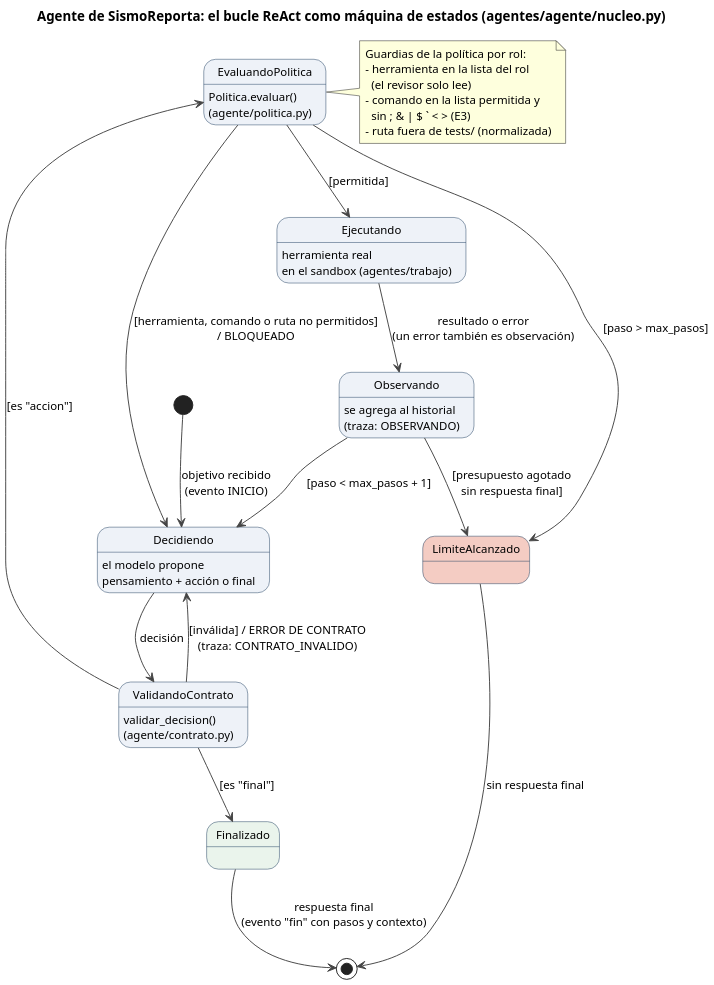
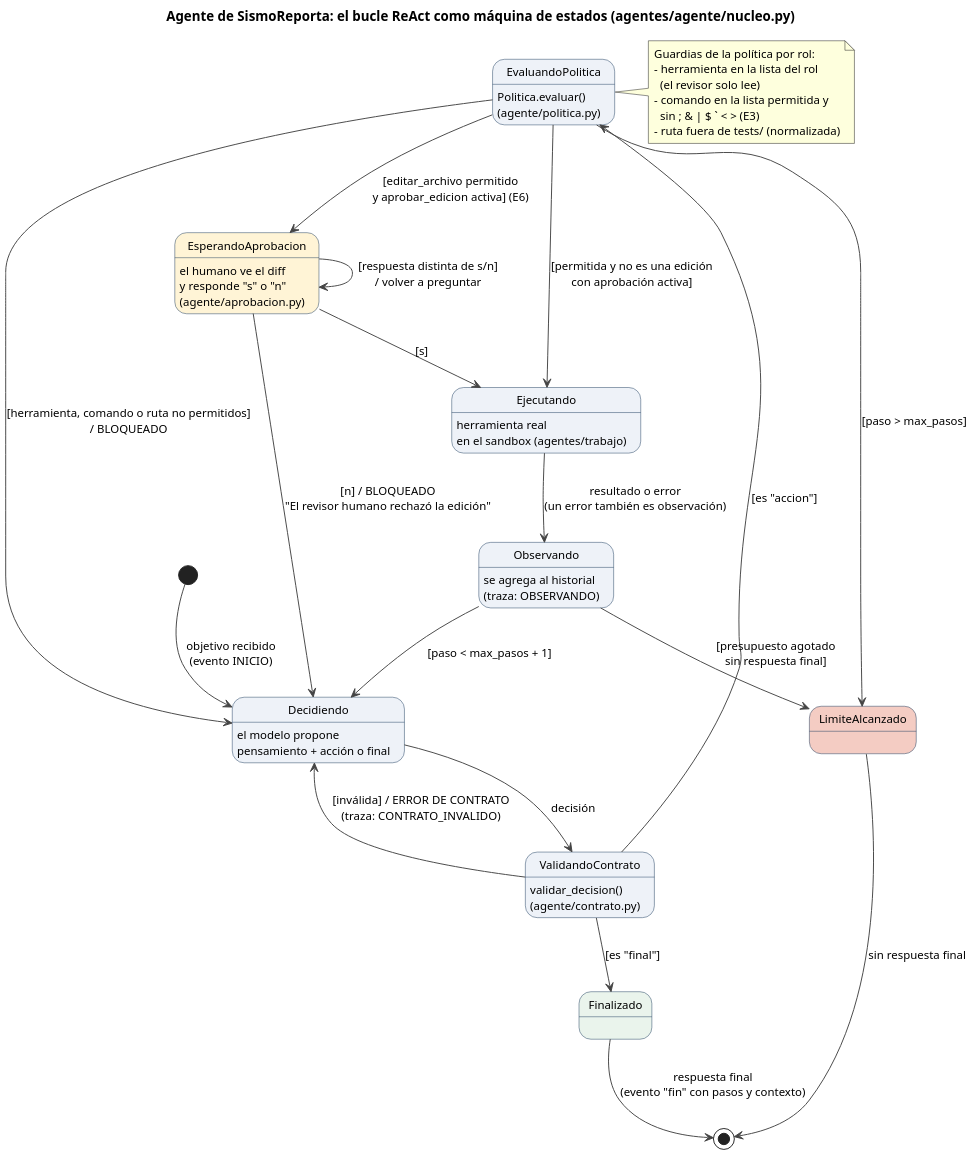
Before and after one commit to DavidOliva06/cs-2026b-lab04-grupo06: the diagram in agentes/diseno/estados.puml, drawn with PlantUML. The commit also changed 7 other files, not shown here.

```diff
--- a/agentes/diseno/estados.puml
+++ b/agentes/diseno/estados.puml
@@ -1,45 +1,51 @@
 @startuml estados
-' Máquina de estados del agente de SismoReporta (Lab 10, E3).
+' Máquina de estados del agente de SismoReporta (Lab 10, E3; EsperandoAprobacion agregado en E6).
 ' Cada estado es un valor del campo "estado" de la traza (agente/nucleo.py) o una línea comentada
 ' del bucle: DECIDIENDO, VALIDANDO_CONTRATO, EVALUANDO_POLITICA, EJECUTANDO y OBSERVANDO.
 skinparam dpi 160
 skinparam shadowing false
 skinparam defaultFontName Arial
 skinparam defaultFontSize 12
 skinparam state {
   BackgroundColor #EEF2F8
   BorderColor #1A3A5C
   ArrowColor #444444
 }
 title Agente de SismoReporta: el bucle ReAct como máquina de estados (agentes/agente/nucleo.py)
 
 [*] --> Decidiendo : objetivo recibido\n(evento INICIO)
 Decidiendo : el modelo propone\npensamiento + acción o final
 Decidiendo --> ValidandoContrato : decisión
 ValidandoContrato : validar_decision()\n(agente/contrato.py)
 ValidandoContrato --> Decidiendo : [inválida] / ERROR DE CONTRATO\n(traza: CONTRATO_INVALIDO)
 ValidandoContrato --> Finalizado : [es "final"]
 ValidandoContrato --> EvaluandoPolitica : [es "accion"]
 EvaluandoPolitica : Politica.evaluar()\n(agente/politica.py)
 EvaluandoPolitica --> Decidiendo : [herramienta, comando o ruta no permitidos]\n/ BLOQUEADO
 EvaluandoPolitica --> LimiteAlcanzado : [paso > max_pasos]
-EvaluandoPolitica --> Ejecutando : [permitida]
+EvaluandoPolitica --> Ejecutando : [permitida y no es una edición\ncon aprobación activa]
+EvaluandoPolitica --> EsperandoAprobacion : [editar_archivo permitido\ny aprobar_edicion activa] (E6)
+EsperandoAprobacion : el humano ve el diff\ny responde "s" o "n"\n(agente/aprobacion.py)
+EsperandoAprobacion --> EsperandoAprobacion : [respuesta distinta de s/n]\n/ volver a preguntar
+EsperandoAprobacion --> Ejecutando : [s]
+EsperandoAprobacion --> Decidiendo : [n] / BLOQUEADO\n"El revisor humano rechazó la edición"
 Ejecutando : herramienta real\nen el sandbox (agentes/trabajo)
 Ejecutando --> Observando : resultado o error\n(un error también es observación)
 Observando : se agrega al historial\n(traza: OBSERVANDO)
 Observando --> Decidiendo : [paso < max_pasos + 1]
 Observando --> LimiteAlcanzado : [presupuesto agotado\nsin respuesta final]
 Finalizado --> [*] : respuesta final\n(evento "fin" con pasos y contexto)
 LimiteAlcanzado --> [*] : sin respuesta final
 state Finalizado #EAF4EC
 state LimiteAlcanzado #F4CCC3
+state EsperandoAprobacion #FFF4D6
 
 note right of EvaluandoPolitica
   Guardias de la política por rol:
   - herramienta en la lista del rol
     (el revisor solo lee)
   - comando en la lista permitida y
     sin ; & | $ ` < > (E3)
   - ruta fuera de tests/ (normalizada)
 end note
 @enduml
```
